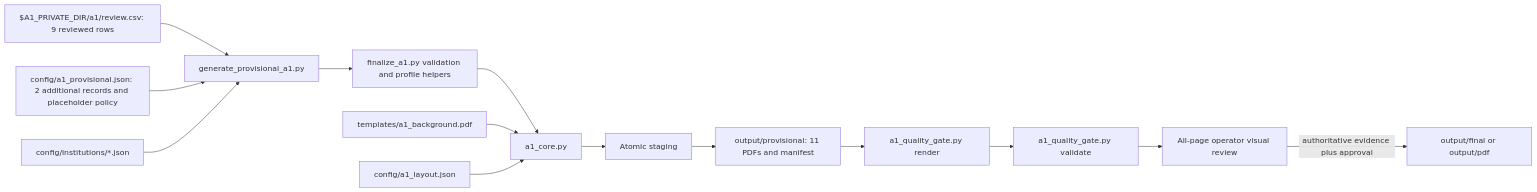
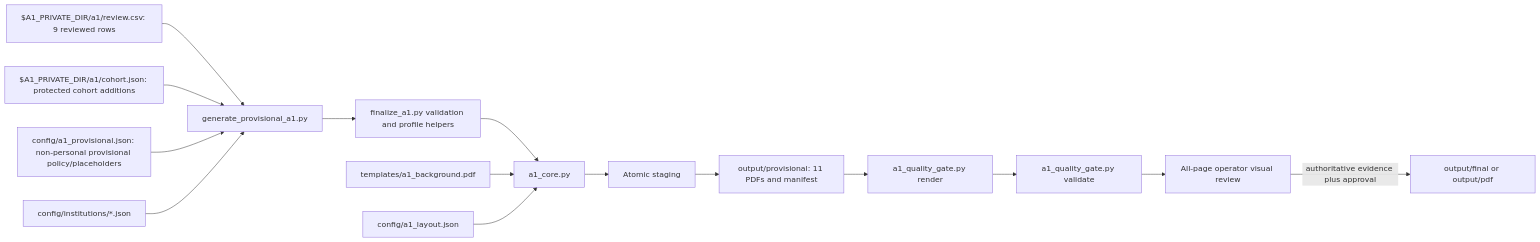
The diagram in readme-employees-to-a1-form.md (pkoka888/prace-a1-core), drawn with Mermaid before and after one commit. The commit also changed other lines of this file and 3 other files, not shown here.

````diff
--- a/readme-employees-to-a1-form.md
+++ b/readme-employees-to-a1-form.md
@@ -19,16 +21,17 @@
 ```mermaid
 flowchart LR
     CSV[$A1_PRIVATE_DIR/a1/review.csv: 9 reviewed rows] --> Compose[generate_provisional_a1.py]
-    Extra[config/a1_provisional.json: 2 additional records and placeholder policy] --> Compose
+    Cohort[$A1_PRIVATE_DIR/a1/cohort.json: protected cohort additions] --> Compose
+    Policy[config/a1_provisional.json: non-personal provisional policy/placeholders] --> Compose
     Profiles[config/institutions/*.json] --> Compose
     Compose --> Helpers[finalize_a1.py validation and profile helpers]
     Helpers --> Core[a1_core.py]
     Template[templates/a1_background.pdf] --> Core
     Layout[config/a1_layout.json] --> Core
     Core --> Stage[Atomic staging]
     Stage --> Provisional[output/provisional: 11 PDFs and manifest]
     Provisional --> Render[a1_quality_gate.py render]
     Render --> Gate[a1_quality_gate.py validate]
     Gate --> Human[All-page operator visual review]
     Human -->|authoritative evidence plus approval| Final[output/final or output/pdf]
 ```
````
